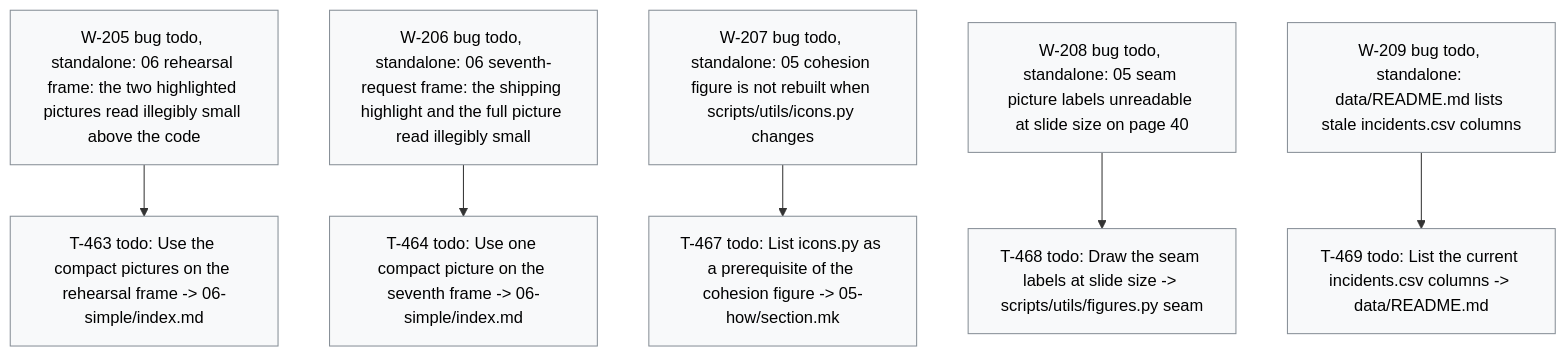
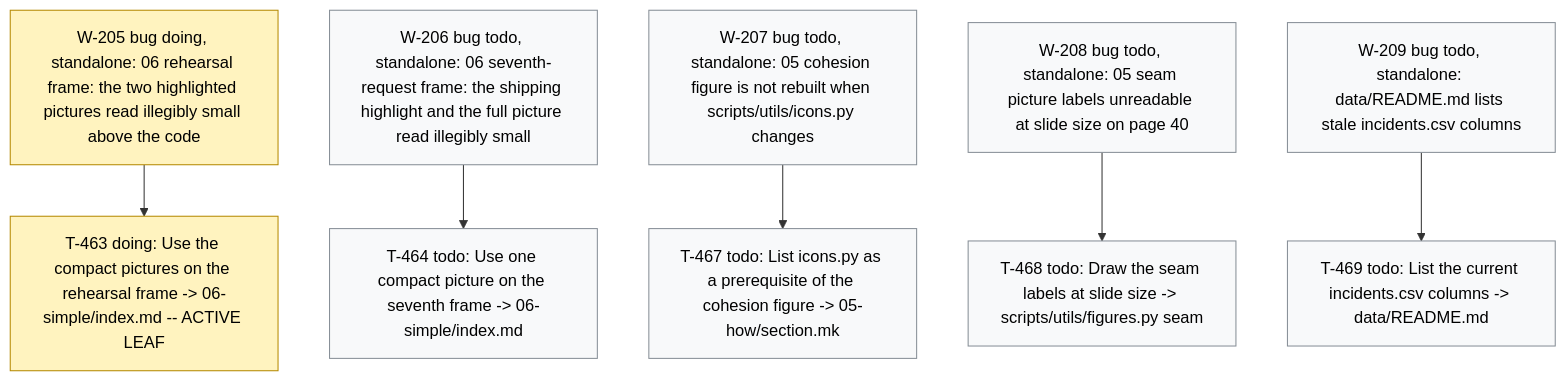
The diagram in .board/BOARD.md (dpopchev/chaos-to-simple), drawn with Mermaid before and after one commit. The commit also changed other lines of this file and 2 other files, not shown here.

Commit message:
chore(board): activate W-205, start T-463
Refs: W-205 T-463

````diff
--- a/.board/BOARD.md
+++ b/.board/BOARD.md
@@ -1212,19 +1212,20 @@
 ```mermaid
 flowchart TD
-  W205["W-205 bug todo, standalone: 06 rehearsal frame: the two highlighted pictures read illegibly small above the code"]
-  W205 --> T463["T-463 todo: Use the compact pictures on the rehearsal frame -> 06-simple/index.md"]
+  W205["W-205 bug doing, standalone: 06 rehearsal frame: the two highlighted pictures read illegibly small above the code"]
+  W205 --> T463["T-463 doing: Use the compact pictures on the rehearsal frame -> 06-simple/index.md -- ACTIVE LEAF"]
   W206["W-206 bug todo, standalone: 06 seventh-request frame: the shipping highlight and the full picture read illegibly small"]
   W206 --> T464["T-464 todo: Use one compact picture on the seventh frame -> 06-simple/index.md"]
   W207["W-207 bug todo, standalone: 05 cohesion figure is not rebuilt when scripts/utils/icons.py changes"]
   W207 --> T467["T-467 todo: List icons.py as a prerequisite of the cohesion figure -> 05-how/section.mk"]
   W208["W-208 bug todo, standalone: 05 seam picture labels unreadable at slide size on page 40"]
   W208 --> T468["T-468 todo: Draw the seam labels at slide size -> scripts/utils/figures.py seam"]
   W209["W-209 bug todo, standalone: data/README.md lists stale incidents.csv columns"]
   W209 --> T469["T-469 todo: List the current incidents.csv columns -> data/README.md"]
   classDef doing fill:#fff3bf,stroke:#b58900,color:#000;
   classDef blocked fill:#ffe3e3,stroke:#c92a2a,color:#000;
   classDef done fill:#e6ffed,stroke:#2b8a3e,color:#000;
   classDef todo fill:#f8f9fa,stroke:#868e96,color:#000;
   classDef pruned fill:#f1f3f5,stroke:#adb5bd,color:#000;
-  class W205,T463,W206,T464,W207,T467,W208,T468,W209,T469 todo
+  class W205,T463 doing
+  class W206,T464,W207,T467,W208,T468,W209,T469 todo
 ```
````
